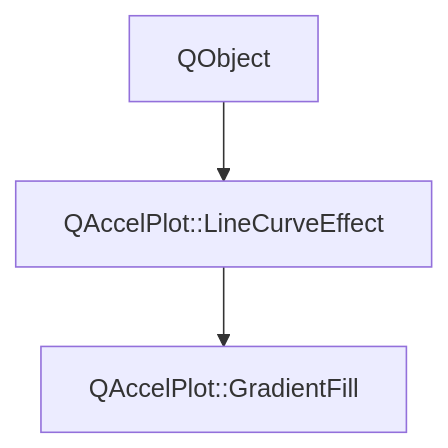
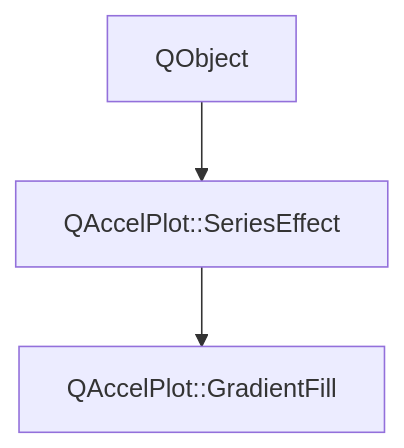
The diagram in main/assets/.doxy/QAccelPlot/api/classQAccelPlot_1_1GradientFill.md (michalgrabarczyk/QAccelPlot), drawn with Mermaid before and after one commit. The commit also changed other lines of this file and 381 other files, not shown here.

````diff
--- a/main/assets/.doxy/QAccelPlot/api/classQAccelPlot_1_1GradientFill.md
+++ b/main/assets/.doxy/QAccelPlot/api/classQAccelPlot_1_1GradientFill.md
@@ -31,12 +31,12 @@
 ```mermaid
 flowchart TB
   classQAccelPlot_1_1GradientFill["QAccelPlot::GradientFill"]
 
-  classQAccelPlot_1_1LineCurveEffect["QAccelPlot::LineCurveEffect"]
-  classQAccelPlot_1_1LineCurveEffect --> classQAccelPlot_1_1GradientFill
-  click classQAccelPlot_1_1LineCurveEffect "../classQAccelPlot_1_1LineCurveEffect/" "Open QAccelPlot::LineCurveEffect"
+  classQAccelPlot_1_1SeriesEffect["QAccelPlot::SeriesEffect"]
+  classQAccelPlot_1_1SeriesEffect --> classQAccelPlot_1_1GradientFill
+  click classQAccelPlot_1_1SeriesEffect "../classQAccelPlot_1_1SeriesEffect/" "Open QAccelPlot::SeriesEffect"
 
-  external_base_classQAccelPlot_1_1LineCurveEffect_1["QObject"]
-  external_base_classQAccelPlot_1_1LineCurveEffect_1 --> classQAccelPlot_1_1LineCurveEffect
+  external_base_classQAccelPlot_1_1SeriesEffect_1["QObject"]
+  external_base_classQAccelPlot_1_1SeriesEffect_1 --> classQAccelPlot_1_1SeriesEffect
 
 ```
````
